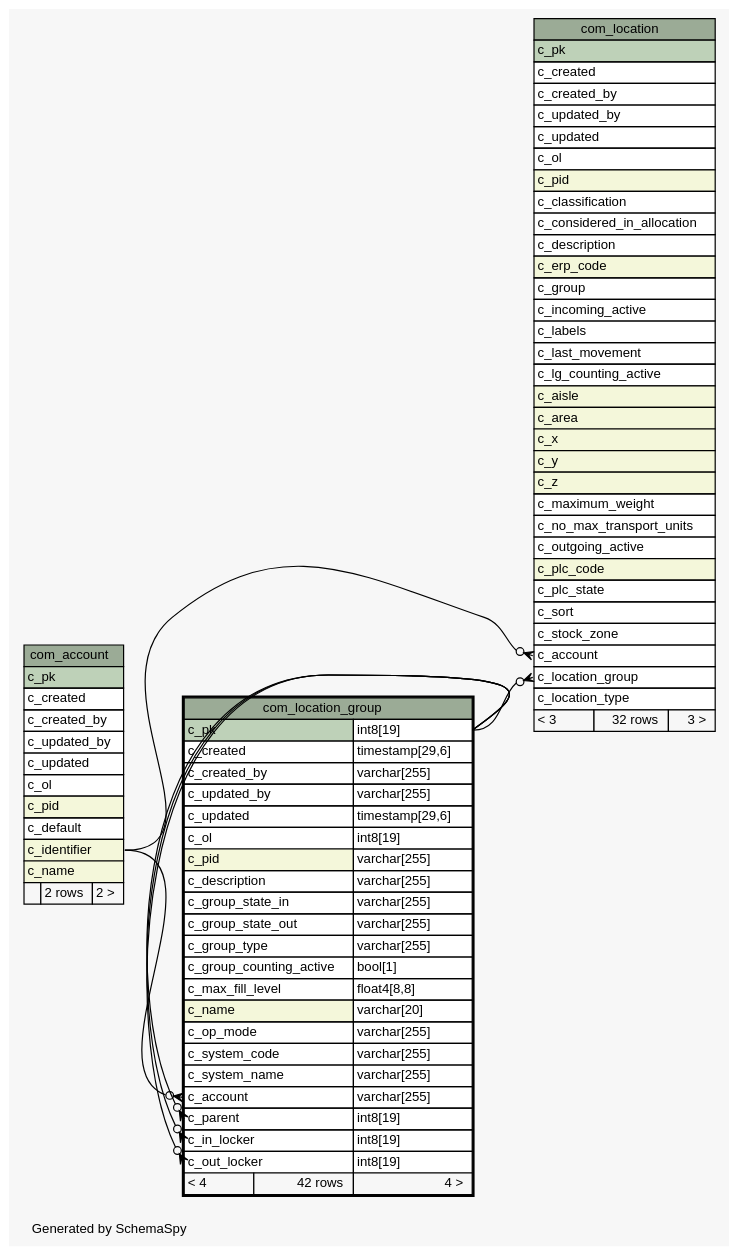
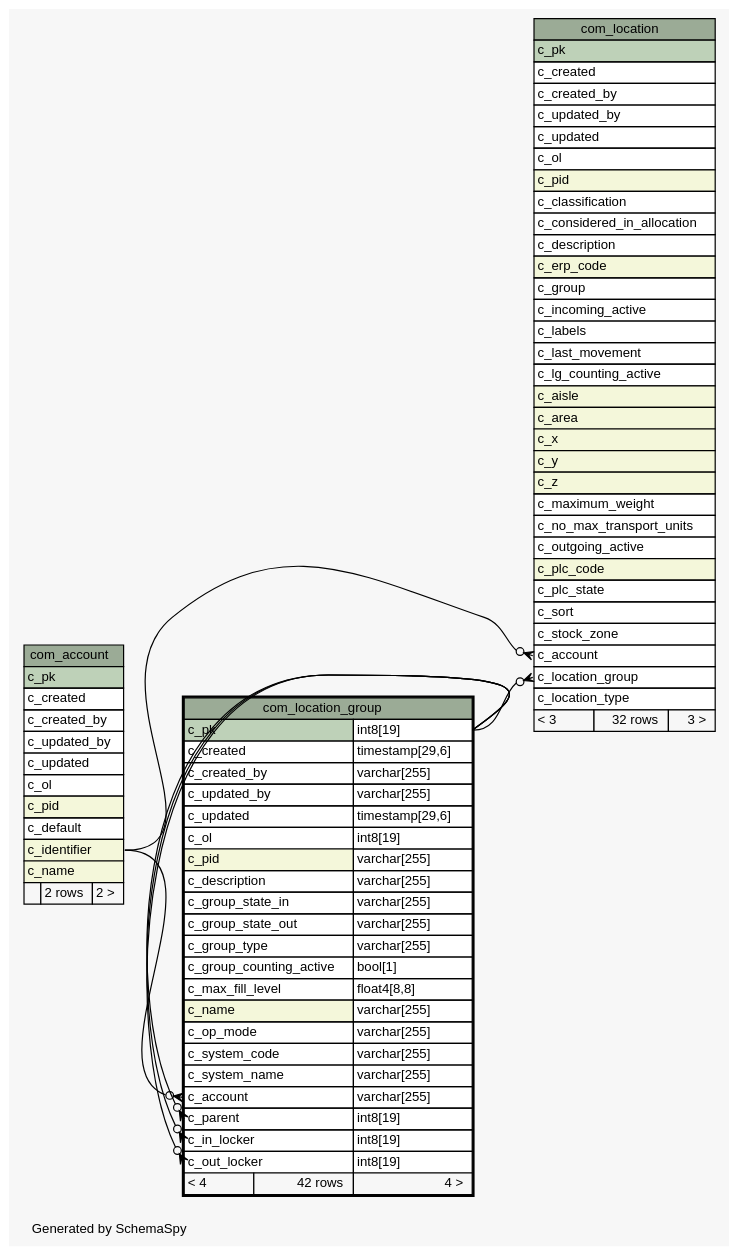
Before and after one commit to openwms/org.openwms.common.service.lib: the diagram in 2.1.0-SNAPSHOT/schemaspy/diagrams/com_location_group.1degree.dot, drawn with Graphviz. The commit also changed 522 other files, not shown here.

```diff
--- a/2.1.0-SNAPSHOT/schemaspy/diagrams/com_location_group.1degree.dot
+++ b/2.1.0-SNAPSHOT/schemaspy/diagrams/com_location_group.1degree.dot
@@ -1,117 +1,117 @@
-// dot 2.43.0 on Linux 6.2.0-1018-azure
+// dot 2.43.0 on Linux 6.2.0-1019-azure
 // SchemaSpy rev Unknown
 digraph "oneDegreeRelationshipsDiagram" {
   graph [
     rankdir="RL"
     bgcolor="#f7f7f7"
     label="\nGenerated by SchemaSpy"
     labeljust="l"
     nodesep="0.18"
     ranksep="0.46"
     fontname="Helvetica"
     fontsize="11"
   ];
   node [
     fontname="Helvetica"
     fontsize="11"
     shape="plaintext"
   ];
   edge [
     arrowsize="0.8"
   ];
   "com_location":"c_account":w -> "com_account":"c_identifier":e [arrowhead=none dir=back arrowtail=crowodot];
   "com_location":"c_location_group":w -> "com_location_group":"c_pk.type":e [arrowhead=none dir=back arrowtail=crowodot];
   "com_location_group":"c_account":w -> "com_account":"c_identifier":e [arrowhead=none dir=back arrowtail=crowodot];
   "com_location_group":"c_in_locker":w -> "com_location_group":"c_pk.type":e [arrowhead=none dir=back arrowtail=crowodot];
   "com_location_group":"c_out_locker":w -> "com_location_group":"c_pk.type":e [arrowhead=none dir=back arrowtail=crowodot];
   "com_location_group":"c_parent":w -> "com_location_group":"c_pk.type":e [arrowhead=none dir=back arrowtail=crowodot];
   "com_account" [
     label=<
     <TABLE BORDER="0" CELLBORDER="1" CELLSPACING="0" BGCOLOR="#ffffff">
       <TR><TD COLSPAN="3" BGCOLOR="#9bab96" ALIGN="CENTER">com_account</TD></TR>
       <TR><TD PORT="c_pk" COLSPAN="3" BGCOLOR="#bed1b8" ALIGN="LEFT">c_pk</TD></TR>
       <TR><TD PORT="c_created" COLSPAN="3" ALIGN="LEFT">c_created</TD></TR>
       <TR><TD PORT="c_created_by" COLSPAN="3" ALIGN="LEFT">c_created_by</TD></TR>
       <TR><TD PORT="c_updated_by" COLSPAN="3" ALIGN="LEFT">c_updated_by</TD></TR>
       <TR><TD PORT="c_updated" COLSPAN="3" ALIGN="LEFT">c_updated</TD></TR>
       <TR><TD PORT="c_ol" COLSPAN="3" ALIGN="LEFT">c_ol</TD></TR>
       <TR><TD PORT="c_pid" COLSPAN="3" BGCOLOR="#f4f7da" ALIGN="LEFT">c_pid</TD></TR>
       <TR><TD PORT="c_default" COLSPAN="3" ALIGN="LEFT">c_default</TD></TR>
       <TR><TD PORT="c_identifier" COLSPAN="3" BGCOLOR="#f4f7da" ALIGN="LEFT">c_identifier</TD></TR>
       <TR><TD PORT="c_name" COLSPAN="3" BGCOLOR="#f4f7da" ALIGN="LEFT">c_name</TD></TR>
       <TR><TD ALIGN="LEFT" BGCOLOR="#f7f7f7">  </TD><TD ALIGN="RIGHT" BGCOLOR="#f7f7f7">2 rows</TD><TD ALIGN="RIGHT" BGCOLOR="#f7f7f7">2 &gt;</TD></TR>
     </TABLE>>
     URL="com_account.html"
     tooltip="com_account"
   ];
   "com_location" [
     label=<
     <TABLE BORDER="0" CELLBORDER="1" CELLSPACING="0" BGCOLOR="#ffffff">
       <TR><TD COLSPAN="3" BGCOLOR="#9bab96" ALIGN="CENTER">com_location</TD></TR>
       <TR><TD PORT="c_pk" COLSPAN="3" BGCOLOR="#bed1b8" ALIGN="LEFT">c_pk</TD></TR>
       <TR><TD PORT="c_created" COLSPAN="3" ALIGN="LEFT">c_created</TD></TR>
       <TR><TD PORT="c_created_by" COLSPAN="3" ALIGN="LEFT">c_created_by</TD></TR>
       <TR><TD PORT="c_updated_by" COLSPAN="3" ALIGN="LEFT">c_updated_by</TD></TR>
       <TR><TD PORT="c_updated" COLSPAN="3" ALIGN="LEFT">c_updated</TD></TR>
       <TR><TD PORT="c_ol" COLSPAN="3" ALIGN="LEFT">c_ol</TD></TR>
       <TR><TD PORT="c_pid" COLSPAN="3" BGCOLOR="#f4f7da" ALIGN="LEFT">c_pid</TD></TR>
       <TR><TD PORT="c_classification" COLSPAN="3" ALIGN="LEFT">c_classification</TD></TR>
       <TR><TD PORT="c_considered_in_allocation" COLSPAN="3" ALIGN="LEFT">c_considered_in_allocation</TD></TR>
       <TR><TD PORT="c_description" COLSPAN="3" ALIGN="LEFT">c_description</TD></TR>
       <TR><TD PORT="c_erp_code" COLSPAN="3" BGCOLOR="#f4f7da" ALIGN="LEFT">c_erp_code</TD></TR>
       <TR><TD PORT="c_group" COLSPAN="3" ALIGN="LEFT">c_group</TD></TR>
       <TR><TD PORT="c_incoming_active" COLSPAN="3" ALIGN="LEFT">c_incoming_active</TD></TR>
       <TR><TD PORT="c_labels" COLSPAN="3" ALIGN="LEFT">c_labels</TD></TR>
       <TR><TD PORT="c_last_movement" COLSPAN="3" ALIGN="LEFT">c_last_movement</TD></TR>
       <TR><TD PORT="c_lg_counting_active" COLSPAN="3" ALIGN="LEFT">c_lg_counting_active</TD></TR>
       <TR><TD PORT="c_aisle" COLSPAN="3" BGCOLOR="#f4f7da" ALIGN="LEFT">c_aisle</TD></TR>
       <TR><TD PORT="c_area" COLSPAN="3" BGCOLOR="#f4f7da" ALIGN="LEFT">c_area</TD></TR>
       <TR><TD PORT="c_x" COLSPAN="3" BGCOLOR="#f4f7da" ALIGN="LEFT">c_x</TD></TR>
       <TR><TD PORT="c_y" COLSPAN="3" BGCOLOR="#f4f7da" ALIGN="LEFT">c_y</TD></TR>
       <TR><TD PORT="c_z" COLSPAN="3" BGCOLOR="#f4f7da" ALIGN="LEFT">c_z</TD></TR>
       <TR><TD PORT="c_maximum_weight" COLSPAN="3" ALIGN="LEFT">c_maximum_weight</TD></TR>
       <TR><TD PORT="c_no_max_transport_units" COLSPAN="3" ALIGN="LEFT">c_no_max_transport_units</TD></TR>
       <TR><TD PORT="c_outgoing_active" COLSPAN="3" ALIGN="LEFT">c_outgoing_active</TD></TR>
       <TR><TD PORT="c_plc_code" COLSPAN="3" BGCOLOR="#f4f7da" ALIGN="LEFT">c_plc_code</TD></TR>
       <TR><TD PORT="c_plc_state" COLSPAN="3" ALIGN="LEFT">c_plc_state</TD></TR>
       <TR><TD PORT="c_sort" COLSPAN="3" ALIGN="LEFT">c_sort</TD></TR>
       <TR><TD PORT="c_stock_zone" COLSPAN="3" ALIGN="LEFT">c_stock_zone</TD></TR>
       <TR><TD PORT="c_account" COLSPAN="3" ALIGN="LEFT">c_account</TD></TR>
       <TR><TD PORT="c_location_group" COLSPAN="3" ALIGN="LEFT">c_location_group</TD></TR>
       <TR><TD PORT="c_location_type" COLSPAN="3" ALIGN="LEFT">c_location_type</TD></TR>
       <TR><TD ALIGN="LEFT" BGCOLOR="#f7f7f7">&lt; 3</TD><TD ALIGN="RIGHT" BGCOLOR="#f7f7f7">32 rows</TD><TD ALIGN="RIGHT" BGCOLOR="#f7f7f7">3 &gt;</TD></TR>
     </TABLE>>
     URL="com_location.html"
     tooltip="com_location"
   ];
   "com_location_group" [
     label=<
     <TABLE BORDER="2" CELLBORDER="1" CELLSPACING="0" BGCOLOR="#ffffff">
       <TR><TD COLSPAN="3" BGCOLOR="#9bab96" ALIGN="CENTER">com_location_group</TD></TR>
       <TR><TD PORT="c_pk" COLSPAN="2" BGCOLOR="#bed1b8" ALIGN="LEFT">c_pk</TD><TD PORT="c_pk.type" ALIGN="LEFT">int8[19]</TD></TR>
       <TR><TD PORT="c_created" COLSPAN="2" ALIGN="LEFT">c_created</TD><TD PORT="c_created.type" ALIGN="LEFT">timestamp[29,6]</TD></TR>
       <TR><TD PORT="c_created_by" COLSPAN="2" ALIGN="LEFT">c_created_by</TD><TD PORT="c_created_by.type" ALIGN="LEFT">varchar[255]</TD></TR>
       <TR><TD PORT="c_updated_by" COLSPAN="2" ALIGN="LEFT">c_updated_by</TD><TD PORT="c_updated_by.type" ALIGN="LEFT">varchar[255]</TD></TR>
       <TR><TD PORT="c_updated" COLSPAN="2" ALIGN="LEFT">c_updated</TD><TD PORT="c_updated.type" ALIGN="LEFT">timestamp[29,6]</TD></TR>
       <TR><TD PORT="c_ol" COLSPAN="2" ALIGN="LEFT">c_ol</TD><TD PORT="c_ol.type" ALIGN="LEFT">int8[19]</TD></TR>
       <TR><TD PORT="c_pid" COLSPAN="2" BGCOLOR="#f4f7da" ALIGN="LEFT">c_pid</TD><TD PORT="c_pid.type" ALIGN="LEFT">varchar[255]</TD></TR>
       <TR><TD PORT="c_description" COLSPAN="2" ALIGN="LEFT">c_description</TD><TD PORT="c_description.type" ALIGN="LEFT">varchar[255]</TD></TR>
       <TR><TD PORT="c_group_state_in" COLSPAN="2" ALIGN="LEFT">c_group_state_in</TD><TD PORT="c_group_state_in.type" ALIGN="LEFT">varchar[255]</TD></TR>
       <TR><TD PORT="c_group_state_out" COLSPAN="2" ALIGN="LEFT">c_group_state_out</TD><TD PORT="c_group_state_out.type" ALIGN="LEFT">varchar[255]</TD></TR>
       <TR><TD PORT="c_group_type" COLSPAN="2" ALIGN="LEFT">c_group_type</TD><TD PORT="c_group_type.type" ALIGN="LEFT">varchar[255]</TD></TR>
       <TR><TD PORT="c_group_counting_active" COLSPAN="2" ALIGN="LEFT">c_group_counting_active</TD><TD PORT="c_group_counting_active.type" ALIGN="LEFT">bool[1]</TD></TR>
       <TR><TD PORT="c_max_fill_level" COLSPAN="2" ALIGN="LEFT">c_max_fill_level</TD><TD PORT="c_max_fill_level.type" ALIGN="LEFT">float4[8,8]</TD></TR>
-      <TR><TD PORT="c_name" COLSPAN="2" BGCOLOR="#f4f7da" ALIGN="LEFT">c_name</TD><TD PORT="c_name.type" ALIGN="LEFT">varchar[20]</TD></TR>
+      <TR><TD PORT="c_name" COLSPAN="2" BGCOLOR="#f4f7da" ALIGN="LEFT">c_name</TD><TD PORT="c_name.type" ALIGN="LEFT">varchar[255]</TD></TR>
       <TR><TD PORT="c_op_mode" COLSPAN="2" ALIGN="LEFT">c_op_mode</TD><TD PORT="c_op_mode.type" ALIGN="LEFT">varchar[255]</TD></TR>
       <TR><TD PORT="c_system_code" COLSPAN="2" ALIGN="LEFT">c_system_code</TD><TD PORT="c_system_code.type" ALIGN="LEFT">varchar[255]</TD></TR>
       <TR><TD PORT="c_system_name" COLSPAN="2" ALIGN="LEFT">c_system_name</TD><TD PORT="c_system_name.type" ALIGN="LEFT">varchar[255]</TD></TR>
       <TR><TD PORT="c_account" COLSPAN="2" ALIGN="LEFT">c_account</TD><TD PORT="c_account.type" ALIGN="LEFT">varchar[255]</TD></TR>
       <TR><TD PORT="c_parent" COLSPAN="2" ALIGN="LEFT">c_parent</TD><TD PORT="c_parent.type" ALIGN="LEFT">int8[19]</TD></TR>
       <TR><TD PORT="c_in_locker" COLSPAN="2" ALIGN="LEFT">c_in_locker</TD><TD PORT="c_in_locker.type" ALIGN="LEFT">int8[19]</TD></TR>
       <TR><TD PORT="c_out_locker" COLSPAN="2" ALIGN="LEFT">c_out_locker</TD><TD PORT="c_out_locker.type" ALIGN="LEFT">int8[19]</TD></TR>
       <TR><TD ALIGN="LEFT" BGCOLOR="#f7f7f7">&lt; 4</TD><TD ALIGN="RIGHT" BGCOLOR="#f7f7f7">42 rows</TD><TD ALIGN="RIGHT" BGCOLOR="#f7f7f7">4 &gt;</TD></TR>
     </TABLE>>
     URL="com_location_group.html"
     tooltip="com_location_group"
   ];
 }
```
